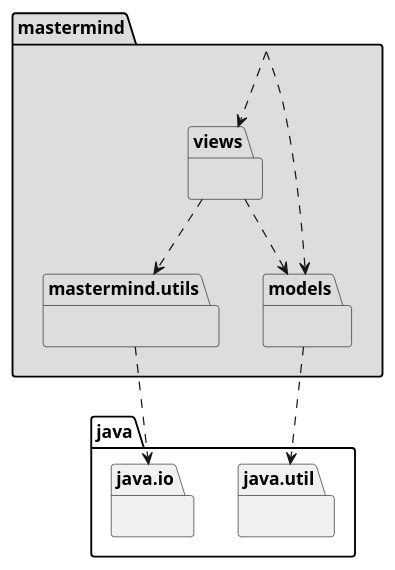
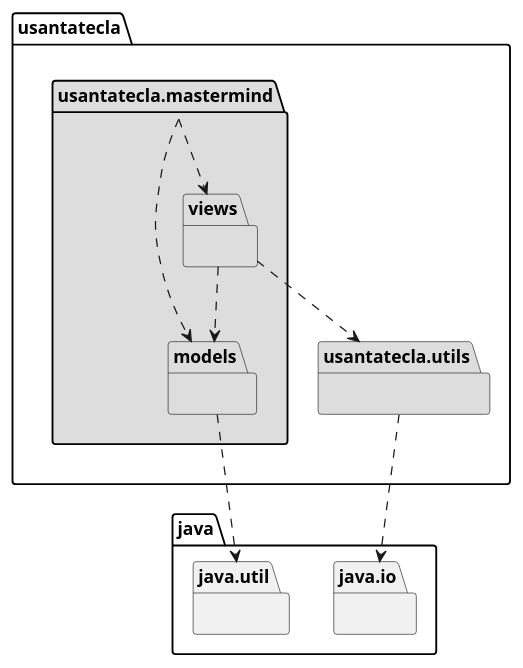
Before and after one commit to SantaTecla-mastermind/solution.java.swing.socket.sql: the diagram in documentView/console/docs/diagrams/src/arquitectura.plantuml, drawn with PlantUML. The commit also changed 13 other files, not shown here.

```diff
--- a/documentView/console/docs/diagrams/src/arquitectura.plantuml
+++ b/documentView/console/docs/diagrams/src/arquitectura.plantuml
@@ -1,17 +1,17 @@
 @startuml arquitectura
-package mastermind #DDDDDD { }
-mastermind .down.> mastermind.views
-mastermind .down.> mastermind.models
+package usantatecla.mastermind #DDDDDD { }
+usantatecla.mastermind .down.> usantatecla.mastermind.views
+usantatecla.mastermind .down.> usantatecla.mastermind.models
 
-package mastermind.models #DDDDDD { }
+package usantatecla.mastermind.models #DDDDDD { }
 package java.util{ }
-mastermind.models .down.> java.util
+usantatecla.mastermind.models .down.> java.util
 
-package mastermind.utils #DDDDDD { }
+package usantatecla.utils #DDDDDD { }
 package java.io{ }
-mastermind.utils .down.> java.io
+usantatecla.utils .down.> java.io
 
-package mastermind.views #DDDDDD { }
-mastermind.views .down.> mastermind.models
-mastermind.views .down.> mastermind.utils
+package usantatecla.mastermind.views #DDDDDD { }
+usantatecla.mastermind.views .down.> usantatecla.mastermind.models
+usantatecla.mastermind.views .down.> usantatecla.utils
 @enduml
```
